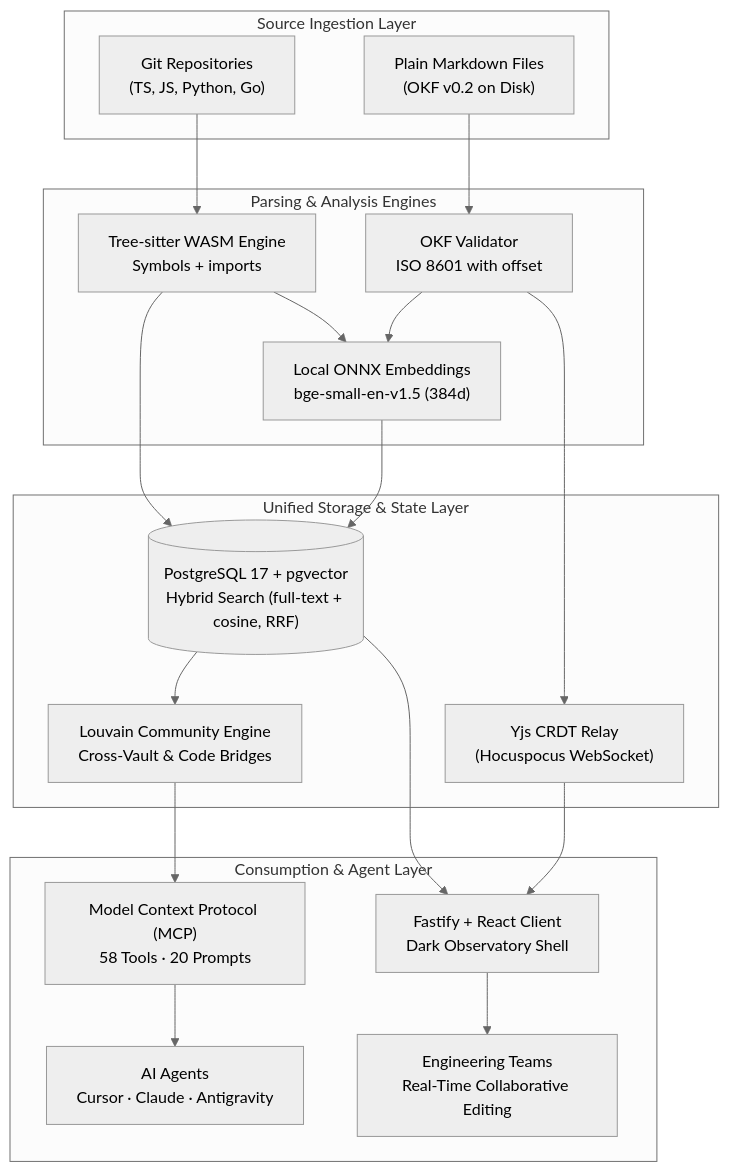
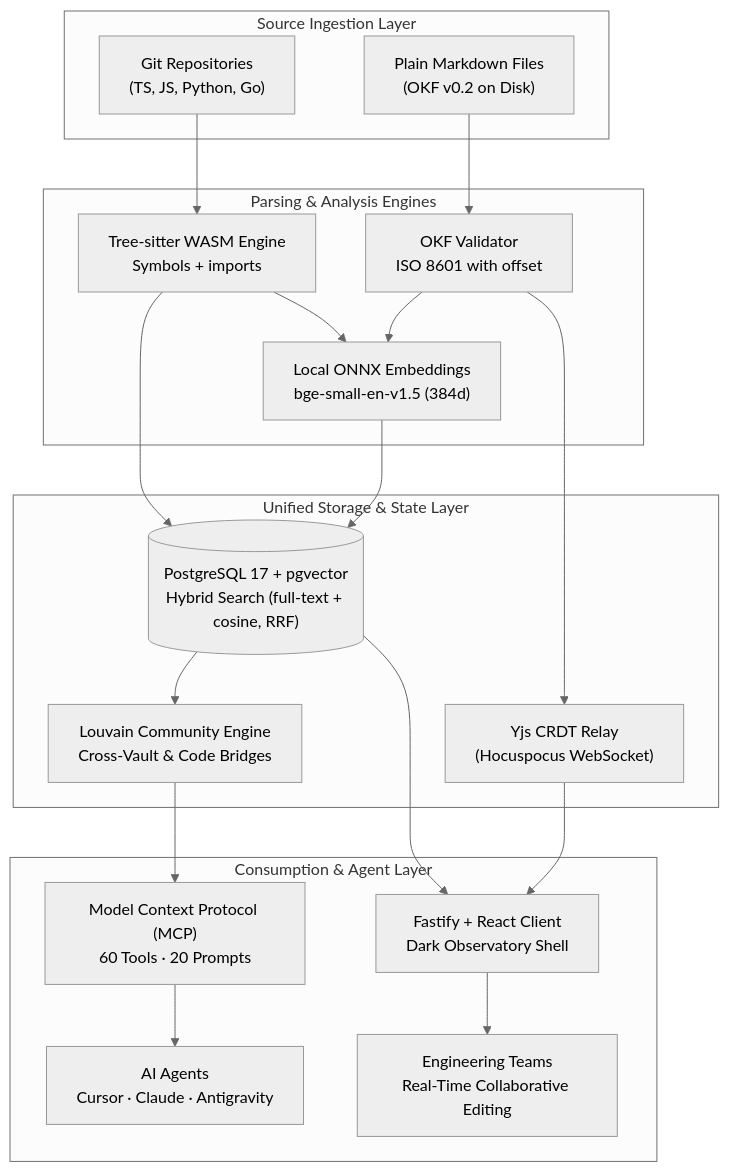
One commit to PIIIX-org/chapters changed the diagram in README.md. Above: the diagram before and after it, drawn with Mermaid (neutral theme). The commit also changed other lines of this file and 10 other files, not shown here.

````diff
--- a/README.md
+++ b/README.md
@@ -57,40 +57,40 @@
 ```mermaid
 flowchart TD
   subgraph Ingestion ["Source Ingestion Layer"]
     MD["Plain Markdown Files\n(OKF v0.2 on Disk)"]
     GIT["Git Repositories\n(TS, JS, Python, Go)"]
   end
 
   subgraph Processing ["Parsing & Analysis Engines"]
     OKF_P["OKF Validator\nISO 8601 with offset"]
     TS_P["Tree-sitter WASM Engine\nSymbols + imports"]
     EMB["Local ONNX Embeddings\nbge-small-en-v1.5 (384d)"]
   end
 
   subgraph Storage ["Unified Storage & State Layer"]
     PG[("PostgreSQL 17 + pgvector\nHybrid Search (full-text + cosine, RRF)")]
     YJS["Yjs CRDT Relay\n(Hocuspocus WebSocket)"]
     LOUVAIN["Louvain Community Engine\nCross-Vault & Code Bridges"]
   end
 
   subgraph Consumers ["Consumption & Agent Layer"]
-    MCP["Model Context Protocol (MCP)\n58 Tools · 20 Prompts"]
+    MCP["Model Context Protocol (MCP)\n60 Tools · 20 Prompts"]
     UI["Fastify + React Client\nDark Observatory Shell"]
     AGENTS["AI Agents\nCursor · Claude · Antigravity"]
     HUMANS["Engineering Teams\nReal-Time Collaborative Editing"]
   end
 
   MD --> OKF_P
   GIT --> TS_P
   OKF_P --> EMB
   TS_P --> EMB
   OKF_P --> YJS
   EMB --> PG
   TS_P --> PG
   PG --> LOUVAIN
   LOUVAIN --> MCP
   YJS --> UI
   PG --> UI
   MCP --> AGENTS
   UI --> HUMANS
 ```
````
